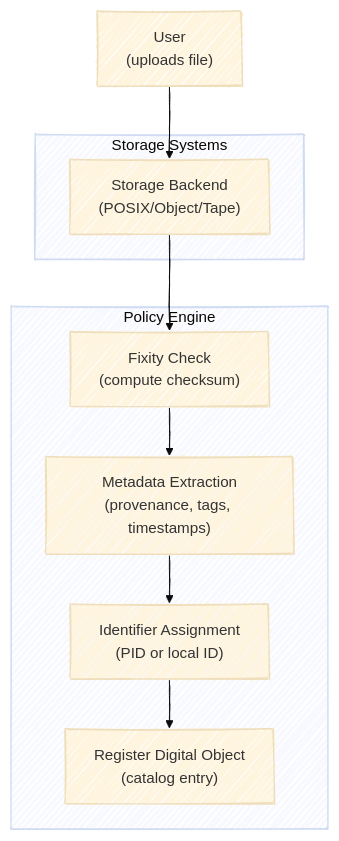
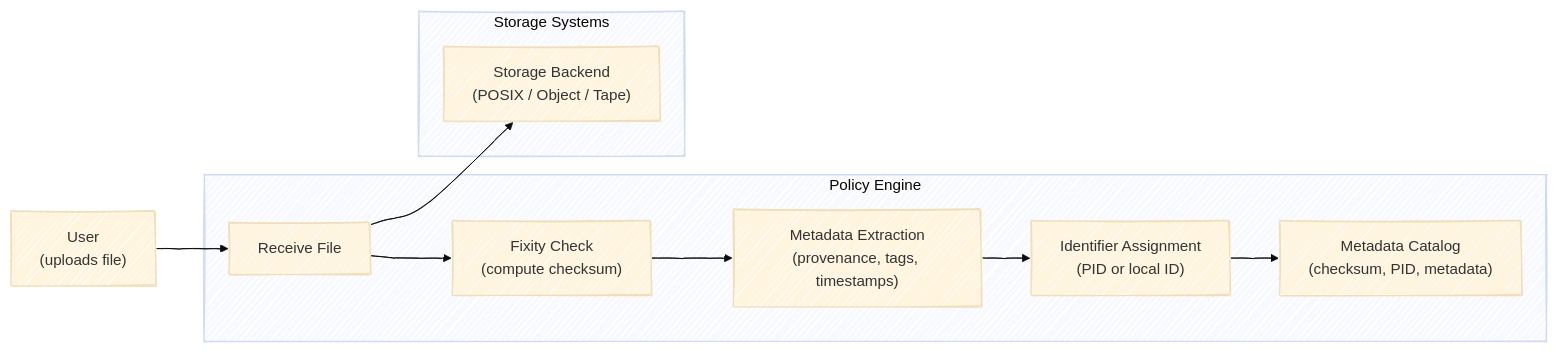
The fourth of 6 diagrams in book/policy-engines.qmd (chStaiger/rdm-fundamentals), drawn with Mermaid (base theme) before and after one commit. The commit also changed other lines of this file, not shown here.

Commit message:
policy engines finished

````diff
--- a/book/policy-engines.qmd
+++ b/book/policy-engines.qmd
@@ -191,26 +245,33 @@
 ```{mermaid}
-%%| label: fig-6
-%%| fig-cap: When a user uploads a file, iRODS applies an ingest policy that computes fixity, attaches metadata, assigns an identifier, and registers the digital object.
+%%| label: fig-4
+%%| fig-cap: When a user uploads a file, the policy engine applies an ingest policy that computes fixity, attaches metadata, assigns an identifier, and registers the digital object before writing it to storage.
 %%| fig-align: center
 %%{init: {"look": "handDrawn","flowchart": { "htmlLabels": false }}}%%
-flowchart TB
+flowchart LR
 
     User["User<br/>(uploads file)"]
 
     subgraph PE["Policy Engine"]
+        Ingest["Receive File"]
         Fixity["Fixity Check<br/>(compute checksum)"]
         Meta["Metadata Extraction<br/>(provenance, tags, timestamps)"]
         PID["Identifier Assignment<br/>(PID or local ID)"]
-        Register["Register Digital Object<br/>(catalog entry)"]
+        Catalog["Metadata Catalog<br/>(checksum, PID, metadata)"]
     end
 
     subgraph Storage["Storage Systems"]
-        Store["Storage Backend<br/>(POSIX/Object/Tape)"]
+        Store["Storage Backend<br/>(POSIX / Object / Tape)"]
     end
 
-    User --> Store
-    Store --> Fixity
+    %% User interacts with Policy Engine, not storage
+    User --> Ingest
+
+    %% Ingest pipeline inside the policy engine
+    Ingest --> Fixity
     Fixity --> Meta
     Meta --> PID
-    PID --> Register
+    PID --> Catalog
+
+    %% Only the policy engine writes to storage
+    Ingest --> Store
 ```
````
